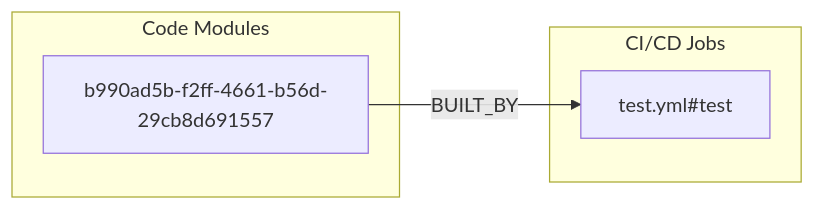
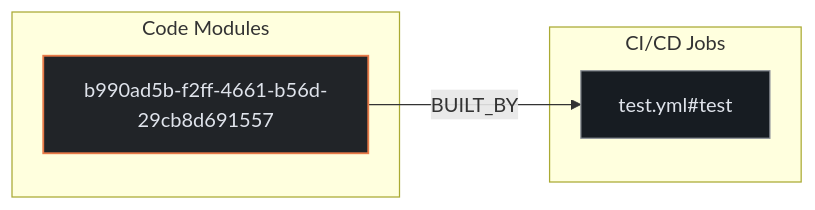
Before and after one commit to kumarshaz/atruss-code-atlas: the second of 3 diagrams in exports/latest/reports/n8n-io-skills-report.md, drawn with Mermaid. The commit also changed other lines of this file and 331 other files, not shown here.

Commit message:
docs,ui,fix: update SDLC docs, reorder CI/CD DAG first, stylize Mermaid, and fix Arc42 pipeline topology

````diff
--- a/exports/latest/reports/n8n-io-skills-report.md
+++ b/exports/latest/reports/n8n-io-skills-report.md
@@ -109,10 +116,14 @@
 ```mermaid
 flowchart LR
+    classDef atlasCategory fill:#212428,stroke:#E87A48,stroke-width:1.5px,color:#dfe3eb
+    classDef atlasWorkflow fill:#1b2026,stroke:#a3c9ff,stroke-width:1.5px,color:#dfe3eb
+    classDef atlasJob fill:#171c22,stroke:#8d9199,stroke-width:1px,color:#dfe3eb
+    classDef atlasTarget fill:#005227,stroke:#8bd99b,stroke-width:1.5px,color:#a7f6b6
     subgraph code_modules["Code Modules"]
-        mod_b990ad5b_f2ff_4661_b56d_29cb8d691557["b990ad5b-f2ff-4661-b56d-29cb8d691557"]
+        mod_b990ad5b_f2ff_4661_b56d_29cb8d691557["b990ad5b-f2ff-4661-b56d-29cb8d691557"]:::atlasCategory
     end
     subgraph ci_jobs["CI/CD Jobs"]
-        job_test_yml_test["test.yml#test"]
+        job_test_yml_test["test.yml#test"]:::atlasJob
     end
     mod_b990ad5b_f2ff_4661_b56d_29cb8d691557 -->|BUILT_BY| job_test_yml_test
 ```
````
